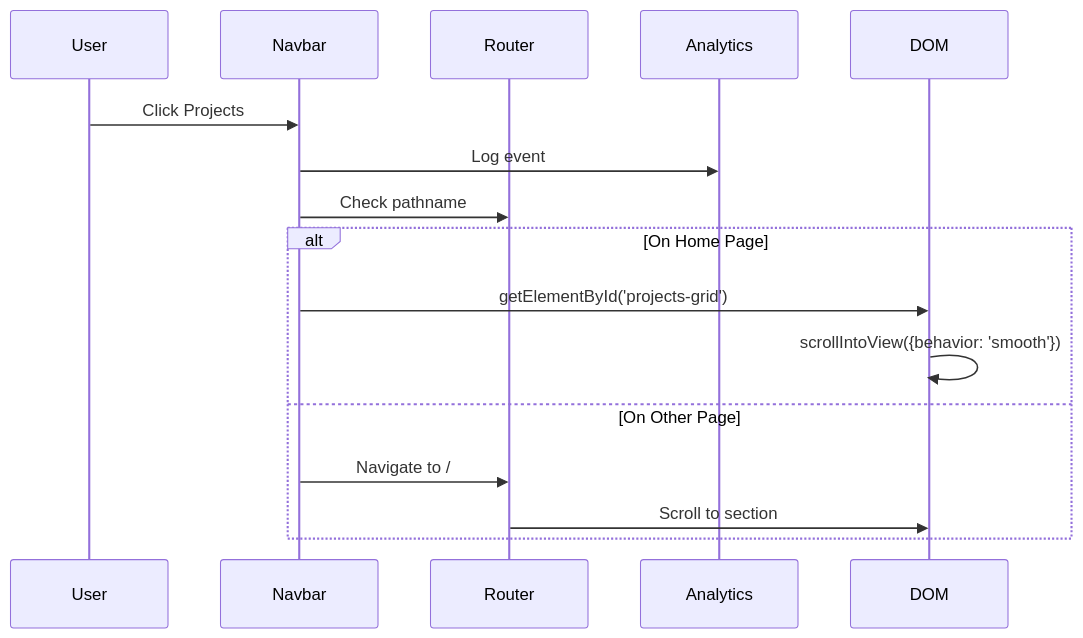
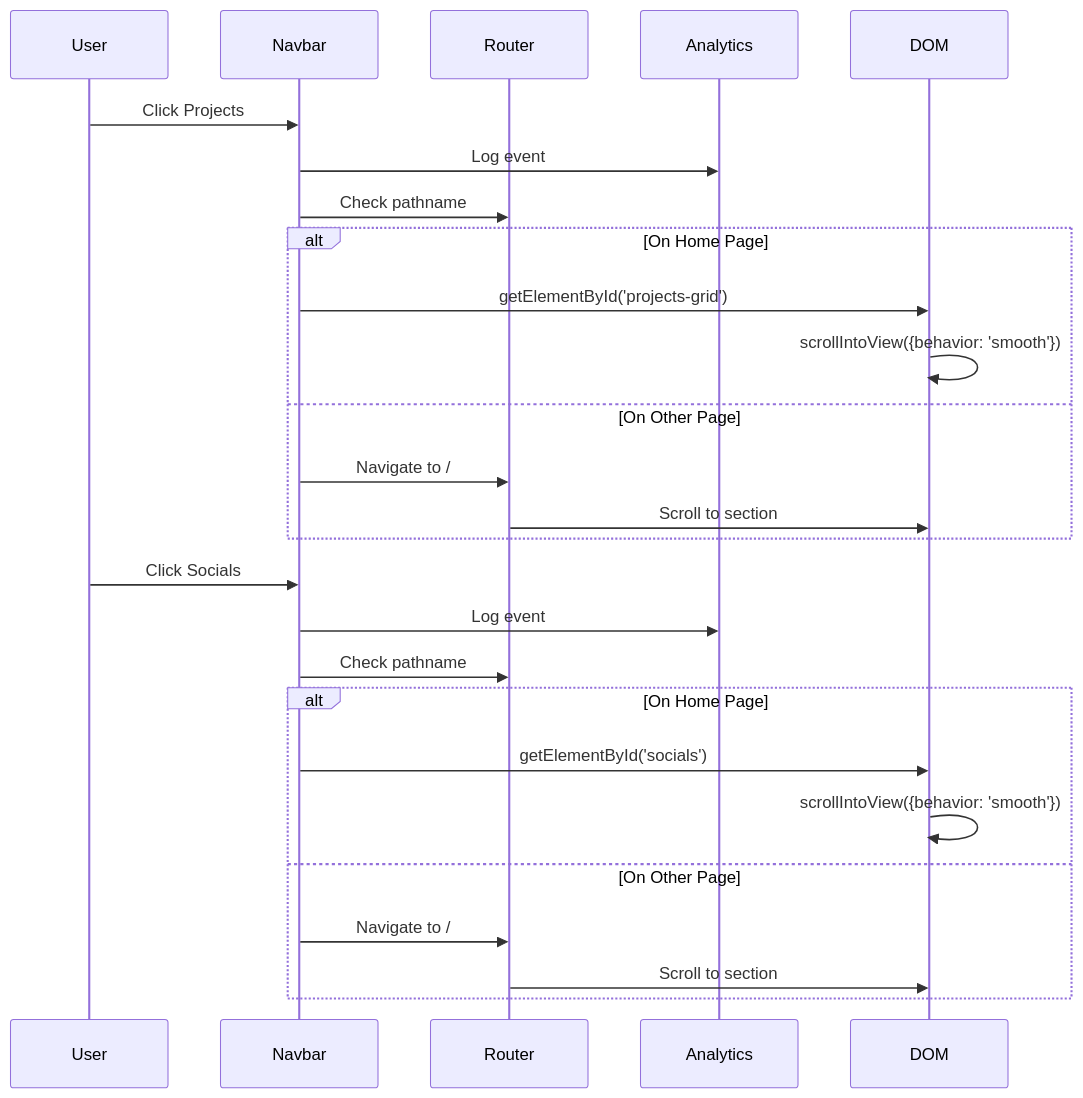
One commit to AlexJSully/AlexJSully-Portfolio changed the second of 2 diagrams in docs/architecture/components/navbar.md. Above: the diagram before and after it, drawn with Mermaid. The commit also changed other lines of this file and 36 other files, not shown here.

````diff
--- a/docs/architecture/components/navbar.md
+++ b/docs/architecture/components/navbar.md
@@ -148,20 +165,34 @@
 ```mermaid
 sequenceDiagram
+    accTitle: Navbar Navigation Interaction Sequence
+    accDescr: User clicks navbar items. Navbar logs events, checks pathname, then either smooth scrolls on home page or navigates to hash on other pages. Shows both Projects and Socials click flows
     participant User
     participant Navbar
     participant Router
     participant Analytics
     participant DOM
 
     User->>Navbar: Click Projects
     Navbar->>Analytics: Log event
     Navbar->>Router: Check pathname
 
     alt On Home Page
         Navbar->>DOM: getElementById('projects-grid')
         DOM->>DOM: scrollIntoView({behavior: 'smooth'})
     else On Other Page
         Navbar->>Router: Navigate to /#projects-grid
         Router->>DOM: Scroll to section
     end
+
+    User->>Navbar: Click Socials
+    Navbar->>Analytics: Log event
+    Navbar->>Router: Check pathname
+
+    alt On Home Page
+        Navbar->>DOM: getElementById('socials')
+        DOM->>DOM: scrollIntoView({behavior: 'smooth'})
+    else On Other Page
+        Navbar->>Router: Navigate to /#socials
+        Router->>DOM: Scroll to section
+    end
 ```
````
